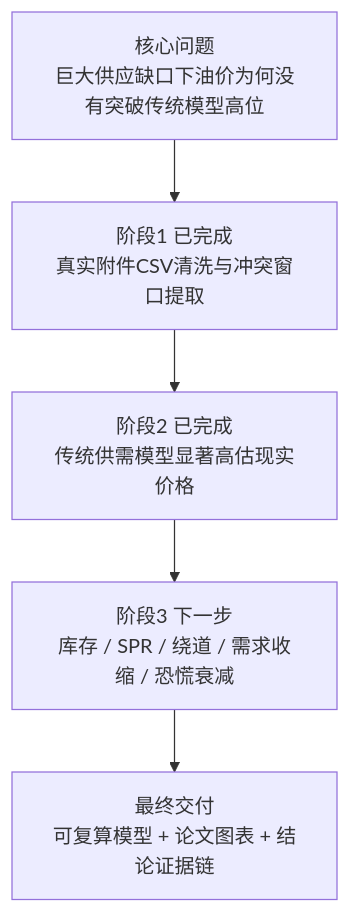
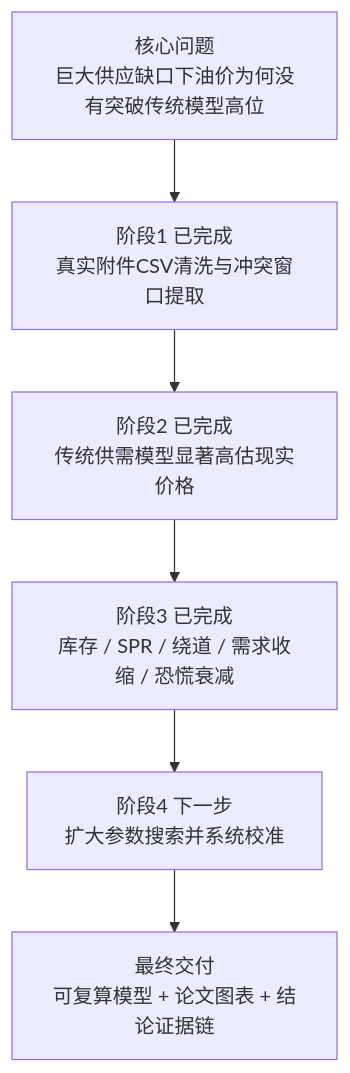
Before and after one commit to Timcai06/-A-: the second of 3 diagrams in README.md, drawn with Mermaid. The commit also changed other lines of this file and 14 other files, not shown here.

````diff
--- a/README.md
+++ b/README.md
@@ -31,10 +31,11 @@
 ```mermaid
 flowchart TB
     Goal["核心问题<br/>巨大供应缺口下油价为何没有突破传统模型高位"]
     Data["阶段1 已完成<br/>真实附件CSV清洗与冲突窗口提取"]
     Baseline["阶段2 已完成<br/>传统供需模型显著高估现实价格"]
-    Dynamic["阶段3 下一步<br/>库存 / SPR / 绕道 / 需求收缩 / 恐慌衰减"]
+    Dynamic["阶段3 已完成<br/>库存 / SPR / 绕道 / 需求收缩 / 恐慌衰减"]
+    Calibration["阶段4 下一步<br/>扩大参数搜索并系统校准"]
     Paper["最终交付<br/>可复算模型 + 论文图表 + 结论证据链"]
 
-    Goal --> Data --> Baseline --> Dynamic --> Paper
+    Goal --> Data --> Baseline --> Dynamic --> Calibration --> Paper
 ```
````
